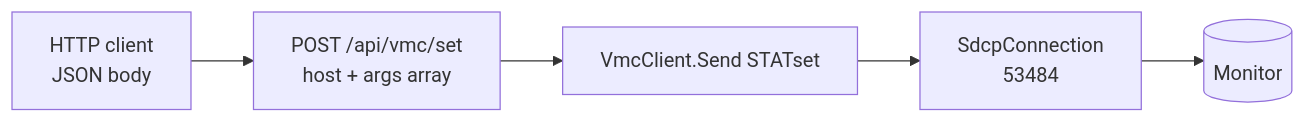
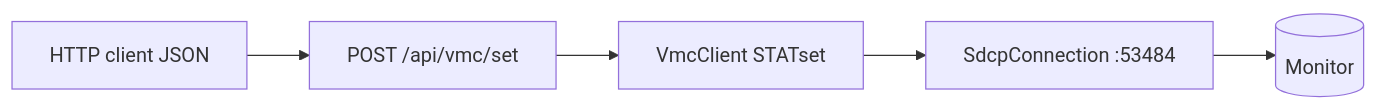
The seventh of 13 diagrams in docs/diagrams/monitor-control-flows.md (andrew867/MonitorControlSDK), drawn with Mermaid before and after one commit. The commit also changed other lines of this file and 23 other files, not shown here.

First line of the commit message:
docs: diagrams and cross-refs for ESP32 native SDCP, Python proxy

````diff
--- a/docs/diagrams/monitor-control-flows.md
+++ b/docs/diagrams/monitor-control-flows.md
@@ -101,7 +178,7 @@
 ```mermaid
 flowchart LR
-  A["HTTP client<br/>JSON body"] --> B["POST /api/vmc/set<br/>host + args array"]
-  B --> C[VmcClient.Send STATset]
-  C --> D["SdcpConnection<br/>53484"]
+  A["HTTP client JSON"] --> B["POST /api/vmc/set"]
+  B --> C[VmcClient STATset]
+  C --> D["SdcpConnection :53484"]
   D --> E[(Monitor)]
 ```
````
